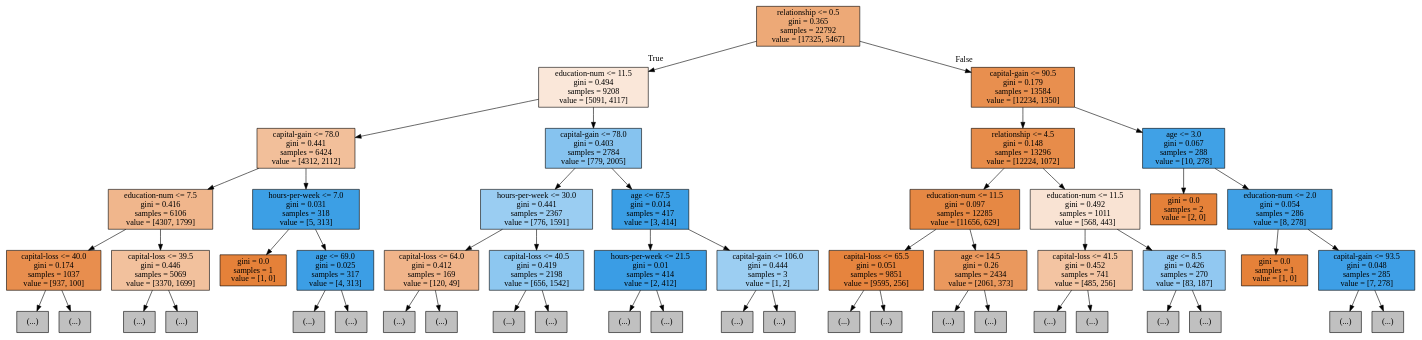
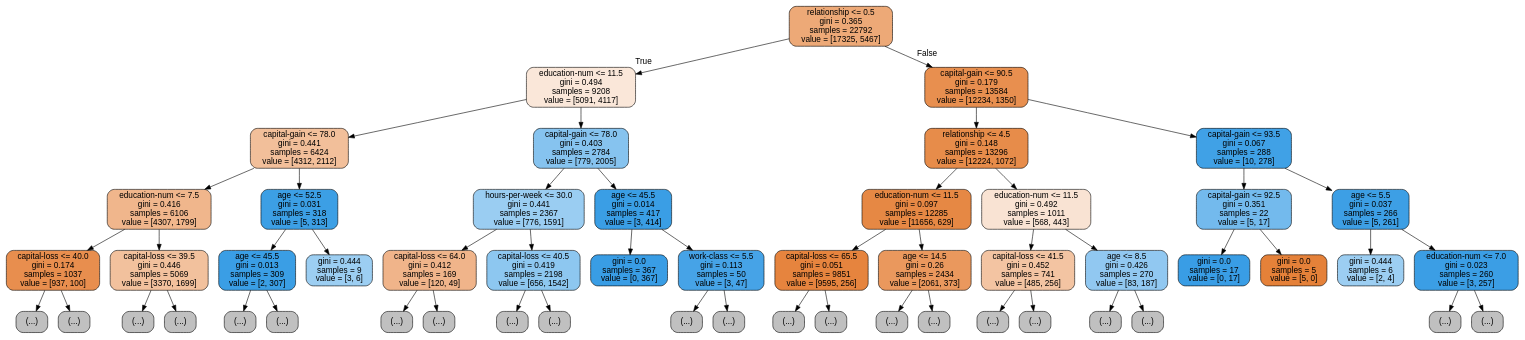
The diagram in tree.dot (Banghyungjin/jupyter_test), drawn with Graphviz before and after one commit. The commit also changed 6 other files, not shown here.

```diff
--- a/tree.dot
+++ b/tree.dot
@@ -1,108 +1,109 @@
 digraph Tree {
-node [shape=box, style="filled", color="black"] ;
+node [shape=box, style="filled, rounded", color="black", fontname=helvetica] ;
+edge [fontname=helvetica] ;
 0 [label="relationship <= 0.5\ngini = 0.365\nsamples = 22792\nvalue = [17325, 5467]", fillcolor="#eda977"] ;
 1 [label="education-num <= 11.5\ngini = 0.494\nsamples = 9208\nvalue = [5091, 4117]", fillcolor="#fae7d9"] ;
 0 -> 1 [labeldistance=2.5, labelangle=45, headlabel="True"] ;
 2 [label="capital-gain <= 78.0\ngini = 0.441\nsamples = 6424\nvalue = [4312, 2112]", fillcolor="#f2bf9a"] ;
 1 -> 2 ;
 3 [label="education-num <= 7.5\ngini = 0.416\nsamples = 6106\nvalue = [4307, 1799]", fillcolor="#f0b68c"] ;
 2 -> 3 ;
 4 [label="capital-loss <= 40.0\ngini = 0.174\nsamples = 1037\nvalue = [937, 100]", fillcolor="#e88e4e"] ;
 3 -> 4 ;
 5 [label="(...)", fillcolor="#C0C0C0"] ;
 4 -> 5 ;
-352 [label="(...)", fillcolor="#C0C0C0"] ;
-4 -> 352 ;
-359 [label="capital-loss <= 39.5\ngini = 0.446\nsamples = 5069\nvalue = [3370, 1699]", fillcolor="#f2c19d"] ;
-3 -> 359 ;
-360 [label="(...)", fillcolor="#C0C0C0"] ;
-359 -> 360 ;
-3873 [label="(...)", fillcolor="#C0C0C0"] ;
-359 -> 3873 ;
-3930 [label="hours-per-week <= 7.0\ngini = 0.031\nsamples = 318\nvalue = [5, 313]", fillcolor="#3c9fe5"] ;
-2 -> 3930 ;
-3931 [label="gini = 0.0\nsamples = 1\nvalue = [1, 0]", fillcolor="#e58139"] ;
-3930 -> 3931 ;
-3932 [label="age <= 69.0\ngini = 0.025\nsamples = 317\nvalue = [4, 313]", fillcolor="#3c9ee5"] ;
-3930 -> 3932 ;
-3933 [label="(...)", fillcolor="#C0C0C0"] ;
-3932 -> 3933 ;
-3942 [label="(...)", fillcolor="#C0C0C0"] ;
-3932 -> 3942 ;
-3945 [label="capital-gain <= 78.0\ngini = 0.403\nsamples = 2784\nvalue = [779, 2005]", fillcolor="#86c3ef"] ;
-1 -> 3945 ;
-3946 [label="hours-per-week <= 30.0\ngini = 0.441\nsamples = 2367\nvalue = [776, 1591]", fillcolor="#9acdf2"] ;
-3945 -> 3946 ;
-3947 [label="capital-loss <= 64.0\ngini = 0.412\nsamples = 169\nvalue = [120, 49]", fillcolor="#f0b48a"] ;
-3946 -> 3947 ;
-3948 [label="(...)", fillcolor="#C0C0C0"] ;
-3947 -> 3948 ;
-4049 [label="(...)", fillcolor="#C0C0C0"] ;
-3947 -> 4049 ;
-4050 [label="capital-loss <= 40.5\ngini = 0.419\nsamples = 2198\nvalue = [656, 1542]", fillcolor="#8dc7f0"] ;
-3946 -> 4050 ;
-4051 [label="(...)", fillcolor="#C0C0C0"] ;
-4050 -> 4051 ;
-5524 [label="(...)", fillcolor="#C0C0C0"] ;
-4050 -> 5524 ;
-5535 [label="age <= 67.5\ngini = 0.014\nsamples = 417\nvalue = [3, 414]", fillcolor="#3a9ee5"] ;
-3945 -> 5535 ;
-5536 [label="hours-per-week <= 21.5\ngini = 0.01\nsamples = 414\nvalue = [2, 412]", fillcolor="#3a9de5"] ;
-5535 -> 5536 ;
-5537 [label="(...)", fillcolor="#C0C0C0"] ;
-5536 -> 5537 ;
-5542 [label="(...)", fillcolor="#C0C0C0"] ;
-5536 -> 5542 ;
-5549 [label="capital-gain <= 106.0\ngini = 0.444\nsamples = 3\nvalue = [1, 2]", fillcolor="#9ccef2"] ;
-5535 -> 5549 ;
-5550 [label="(...)", fillcolor="#C0C0C0"] ;
-5549 -> 5550 ;
-5551 [label="(...)", fillcolor="#C0C0C0"] ;
-5549 -> 5551 ;
-5552 [label="capital-gain <= 90.5\ngini = 0.179\nsamples = 13584\nvalue = [12234, 1350]", fillcolor="#e88f4f"] ;
-0 -> 5552 [labeldistance=2.5, labelangle=-45, headlabel="False"] ;
-5553 [label="relationship <= 4.5\ngini = 0.148\nsamples = 13296\nvalue = [12224, 1072]", fillcolor="#e78c4a"] ;
-5552 -> 5553 ;
-5554 [label="education-num <= 11.5\ngini = 0.097\nsamples = 12285\nvalue = [11656, 629]", fillcolor="#e68844"] ;
-5553 -> 5554 ;
-5555 [label="capital-loss <= 65.5\ngini = 0.051\nsamples = 9851\nvalue = [9595, 256]", fillcolor="#e6843e"] ;
-5554 -> 5555 ;
-5556 [label="(...)", fillcolor="#C0C0C0"] ;
-5555 -> 5556 ;
-6637 [label="(...)", fillcolor="#C0C0C0"] ;
-5555 -> 6637 ;
-6654 [label="age <= 14.5\ngini = 0.26\nsamples = 2434\nvalue = [2061, 373]", fillcolor="#ea985d"] ;
-5554 -> 6654 ;
-6655 [label="(...)", fillcolor="#C0C0C0"] ;
-6654 -> 6655 ;
-6868 [label="(...)", fillcolor="#C0C0C0"] ;
-6654 -> 6868 ;
-7649 [label="education-num <= 11.5\ngini = 0.492\nsamples = 1011\nvalue = [568, 443]", fillcolor="#f9e3d3"] ;
-5553 -> 7649 ;
-7650 [label="capital-loss <= 41.5\ngini = 0.452\nsamples = 741\nvalue = [485, 256]", fillcolor="#f3c4a2"] ;
-7649 -> 7650 ;
-7651 [label="(...)", fillcolor="#C0C0C0"] ;
-7650 -> 7651 ;
-8162 [label="(...)", fillcolor="#C0C0C0"] ;
-7650 -> 8162 ;
-8167 [label="age <= 8.5\ngini = 0.426\nsamples = 270\nvalue = [83, 187]", fillcolor="#91c8f1"] ;
-7649 -> 8167 ;
-8168 [label="(...)", fillcolor="#C0C0C0"] ;
-8167 -> 8168 ;
-8177 [label="(...)", fillcolor="#C0C0C0"] ;
-8167 -> 8177 ;
-8354 [label="age <= 3.0\ngini = 0.067\nsamples = 288\nvalue = [10, 278]", fillcolor="#40a1e6"] ;
-5552 -> 8354 ;
-8355 [label="gini = 0.0\nsamples = 2\nvalue = [2, 0]", fillcolor="#e58139"] ;
-8354 -> 8355 ;
-8356 [label="education-num <= 2.0\ngini = 0.054\nsamples = 286\nvalue = [8, 278]", fillcolor="#3fa0e6"] ;
-8354 -> 8356 ;
-8357 [label="gini = 0.0\nsamples = 1\nvalue = [1, 0]", fillcolor="#e58139"] ;
-8356 -> 8357 ;
-8358 [label="capital-gain <= 93.5\ngini = 0.048\nsamples = 285\nvalue = [7, 278]", fillcolor="#3e9fe6"] ;
-8356 -> 8358 ;
-8359 [label="(...)", fillcolor="#C0C0C0"] ;
-8358 -> 8359 ;
-8362 [label="(...)", fillcolor="#C0C0C0"] ;
-8358 -> 8362 ;
+46 [label="(...)", fillcolor="#C0C0C0"] ;
+4 -> 46 ;
+51 [label="capital-loss <= 39.5\ngini = 0.446\nsamples = 5069\nvalue = [3370, 1699]", fillcolor="#f2c19d"] ;
+3 -> 51 ;
+52 [label="(...)", fillcolor="#C0C0C0"] ;
+51 -> 52 ;
+113 [label="(...)", fillcolor="#C0C0C0"] ;
+51 -> 113 ;
+136 [label="age <= 52.5\ngini = 0.031\nsamples = 318\nvalue = [5, 313]", fillcolor="#3c9fe5"] ;
+2 -> 136 ;
+137 [label="age <= 45.5\ngini = 0.013\nsamples = 309\nvalue = [2, 307]", fillcolor="#3a9ee5"] ;
+136 -> 137 ;
+138 [label="(...)", fillcolor="#C0C0C0"] ;
+137 -> 138 ;
+139 [label="(...)", fillcolor="#C0C0C0"] ;
+137 -> 139 ;
+142 [label="gini = 0.444\nsamples = 9\nvalue = [3, 6]", fillcolor="#9ccef2"] ;
+136 -> 142 ;
+143 [label="capital-gain <= 78.0\ngini = 0.403\nsamples = 2784\nvalue = [779, 2005]", fillcolor="#86c3ef"] ;
+1 -> 143 ;
+144 [label="hours-per-week <= 30.0\ngini = 0.441\nsamples = 2367\nvalue = [776, 1591]", fillcolor="#9acdf2"] ;
+143 -> 144 ;
+145 [label="capital-loss <= 64.0\ngini = 0.412\nsamples = 169\nvalue = [120, 49]", fillcolor="#f0b48a"] ;
+144 -> 145 ;
+146 [label="(...)", fillcolor="#C0C0C0"] ;
+145 -> 146 ;
+173 [label="(...)", fillcolor="#C0C0C0"] ;
+145 -> 173 ;
+174 [label="capital-loss <= 40.5\ngini = 0.419\nsamples = 2198\nvalue = [656, 1542]", fillcolor="#8dc7f0"] ;
+144 -> 174 ;
+175 [label="(...)", fillcolor="#C0C0C0"] ;
+174 -> 175 ;
+210 [label="(...)", fillcolor="#C0C0C0"] ;
+174 -> 210 ;
+219 [label="age <= 45.5\ngini = 0.014\nsamples = 417\nvalue = [3, 414]", fillcolor="#3a9ee5"] ;
+143 -> 219 ;
+220 [label="gini = 0.0\nsamples = 367\nvalue = [0, 367]", fillcolor="#399de5"] ;
+219 -> 220 ;
+221 [label="work-class <= 5.5\ngini = 0.113\nsamples = 50\nvalue = [3, 47]", fillcolor="#46a3e7"] ;
+219 -> 221 ;
+222 [label="(...)", fillcolor="#C0C0C0"] ;
+221 -> 222 ;
+225 [label="(...)", fillcolor="#C0C0C0"] ;
+221 -> 225 ;
+226 [label="capital-gain <= 90.5\ngini = 0.179\nsamples = 13584\nvalue = [12234, 1350]", fillcolor="#e88f4f"] ;
+0 -> 226 [labeldistance=2.5, labelangle=-45, headlabel="False"] ;
+227 [label="relationship <= 4.5\ngini = 0.148\nsamples = 13296\nvalue = [12224, 1072]", fillcolor="#e78c4a"] ;
+226 -> 227 ;
+228 [label="education-num <= 11.5\ngini = 0.097\nsamples = 12285\nvalue = [11656, 629]", fillcolor="#e68844"] ;
+227 -> 228 ;
+229 [label="capital-loss <= 65.5\ngini = 0.051\nsamples = 9851\nvalue = [9595, 256]", fillcolor="#e6843e"] ;
+228 -> 229 ;
+230 [label="(...)", fillcolor="#C0C0C0"] ;
+229 -> 230 ;
+289 [label="(...)", fillcolor="#C0C0C0"] ;
+229 -> 289 ;
+300 [label="age <= 14.5\ngini = 0.26\nsamples = 2434\nvalue = [2061, 373]", fillcolor="#ea985d"] ;
+228 -> 300 ;
+301 [label="(...)", fillcolor="#C0C0C0"] ;
+300 -> 301 ;
+340 [label="(...)", fillcolor="#C0C0C0"] ;
+300 -> 340 ;
+381 [label="education-num <= 11.5\ngini = 0.492\nsamples = 1011\nvalue = [568, 443]", fillcolor="#f9e3d3"] ;
+227 -> 381 ;
+382 [label="capital-loss <= 41.5\ngini = 0.452\nsamples = 741\nvalue = [485, 256]", fillcolor="#f3c4a2"] ;
+381 -> 382 ;
+383 [label="(...)", fillcolor="#C0C0C0"] ;
+382 -> 383 ;
+428 [label="(...)", fillcolor="#C0C0C0"] ;
+382 -> 428 ;
+431 [label="age <= 8.5\ngini = 0.426\nsamples = 270\nvalue = [83, 187]", fillcolor="#91c8f1"] ;
+381 -> 431 ;
+432 [label="(...)", fillcolor="#C0C0C0"] ;
+431 -> 432 ;
+435 [label="(...)", fillcolor="#C0C0C0"] ;
+431 -> 435 ;
+454 [label="capital-gain <= 93.5\ngini = 0.067\nsamples = 288\nvalue = [10, 278]", fillcolor="#40a1e6"] ;
+226 -> 454 ;
+455 [label="capital-gain <= 92.5\ngini = 0.351\nsamples = 22\nvalue = [5, 17]", fillcolor="#73baed"] ;
+454 -> 455 ;
+456 [label="gini = 0.0\nsamples = 17\nvalue = [0, 17]", fillcolor="#399de5"] ;
+455 -> 456 ;
+457 [label="gini = 0.0\nsamples = 5\nvalue = [5, 0]", fillcolor="#e58139"] ;
+455 -> 457 ;
+458 [label="age <= 5.5\ngini = 0.037\nsamples = 266\nvalue = [5, 261]", fillcolor="#3d9fe5"] ;
+454 -> 458 ;
+459 [label="gini = 0.444\nsamples = 6\nvalue = [2, 4]", fillcolor="#9ccef2"] ;
+458 -> 459 ;
+460 [label="education-num <= 7.0\ngini = 0.023\nsamples = 260\nvalue = [3, 257]", fillcolor="#3b9ee5"] ;
+458 -> 460 ;
+461 [label="(...)", fillcolor="#C0C0C0"] ;
+460 -> 461 ;
+462 [label="(...)", fillcolor="#C0C0C0"] ;
+460 -> 462 ;
 }
```
